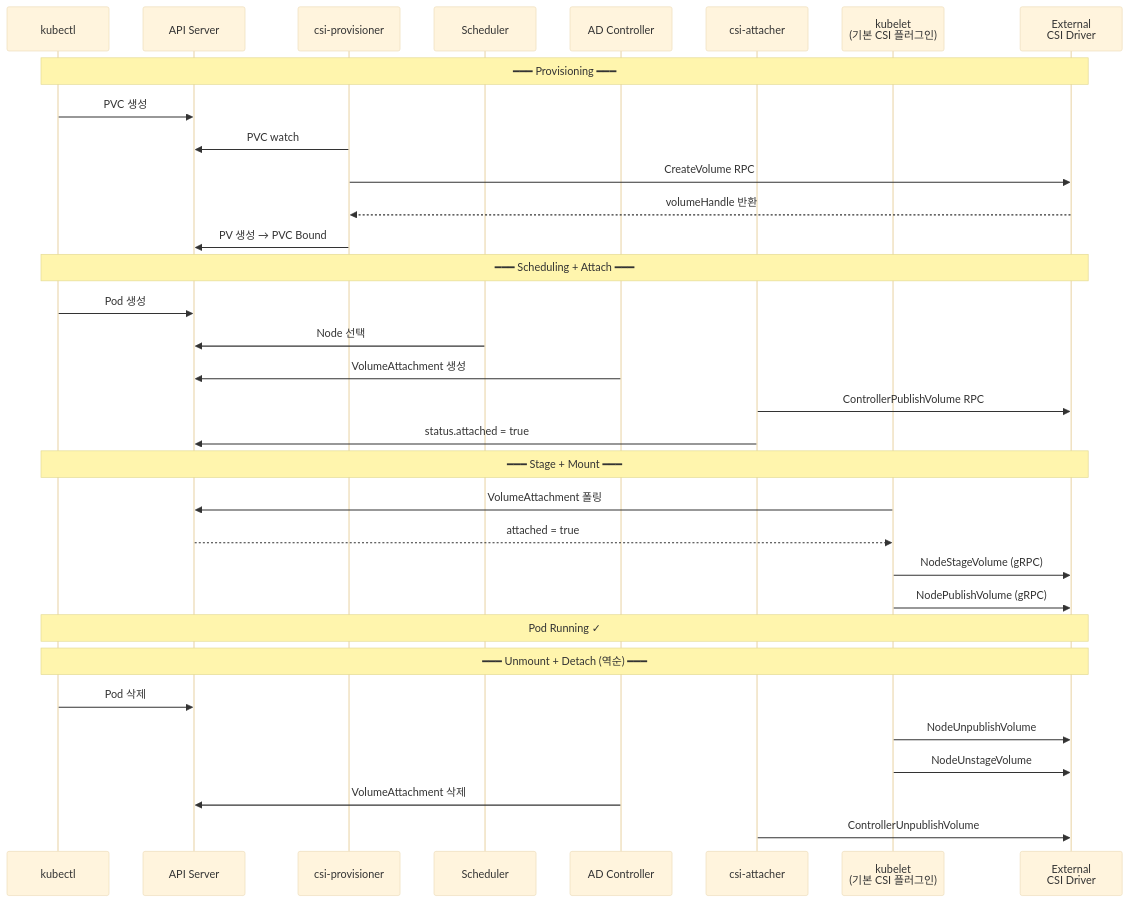
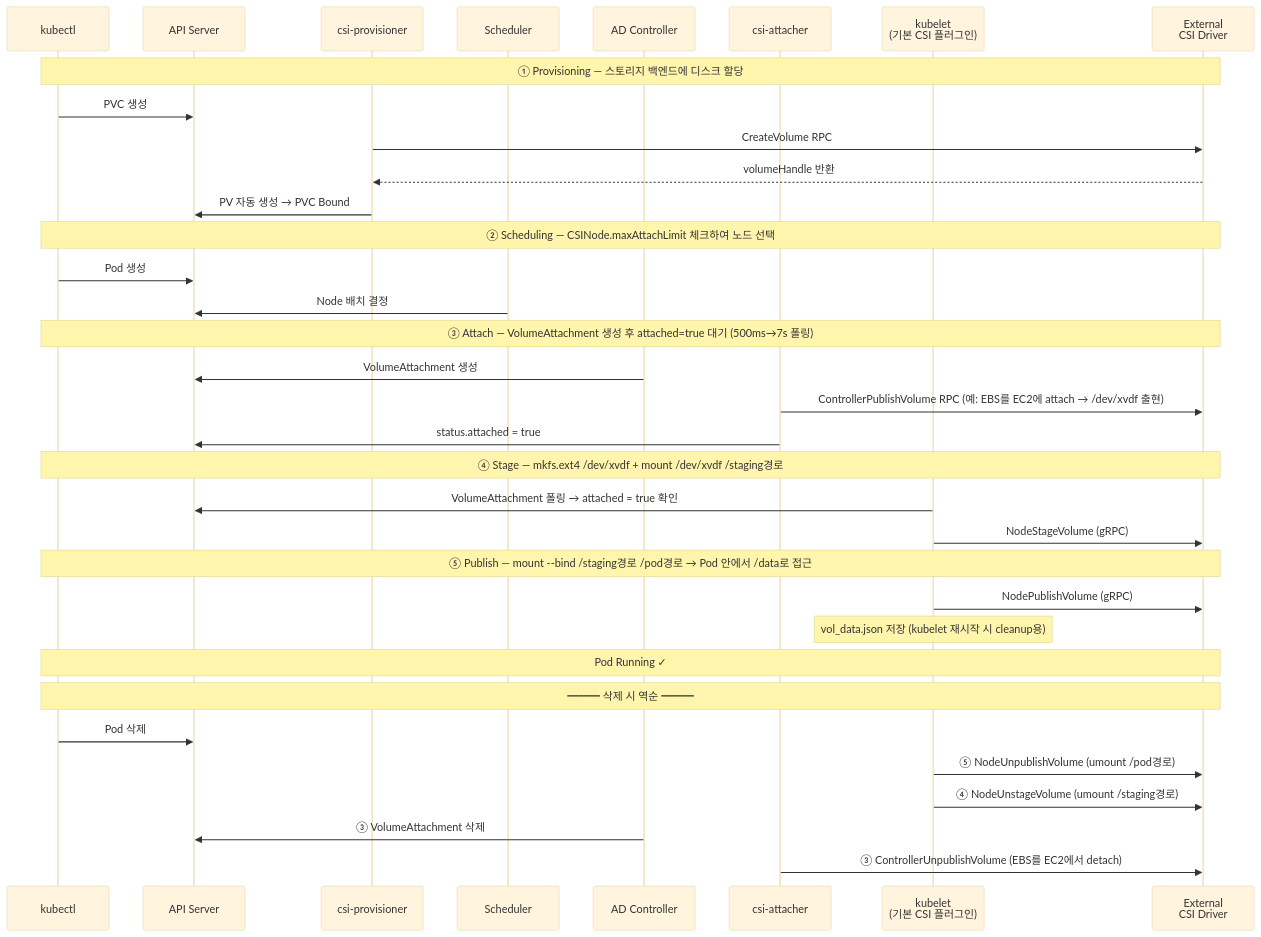
The third of 5 diagrams in _posts/2026-04-04-csi-driver-01.md (bianbbc87/bianbbc87.github.io), drawn with Mermaid (base theme) before and after one commit. The commit also changed other lines of this file, not shown here.

````diff
--- a/_posts/2026-04-04-csi-driver-01.md
+++ b/_posts/2026-04-04-csi-driver-01.md
@@ -335,44 +395,49 @@
 ```mermaid
 sequenceDiagram
     participant User as kubectl
     participant API as API Server
     participant Prov as csi-provisioner
     participant Sched as Scheduler
     participant ADC as AD Controller
     participant Att as csi-attacher
     participant KL as kubelet<br/>(기본 CSI 플러그인)
     participant DR as External<br/>CSI Driver
 
-    Note over User, DR: ━━━ Provisioning ━━━
+    Note over User, DR: ① Provisioning — 스토리지 백엔드에 디스크 할당
 
     User->>API: PVC 생성
-    Prov->>API: PVC watch
     Prov->>DR: CreateVolume RPC
     DR-->>Prov: volumeHandle 반환
-    Prov->>API: PV 생성 → PVC Bound
+    Prov->>API: PV 자동 생성 → PVC Bound
 
-    Note over User, DR: ━━━ Scheduling + Attach ━━━
+    Note over User, DR: ② Scheduling — CSINode.maxAttachLimit 체크하여 노드 선택
 
     User->>API: Pod 생성
-    Sched->>API: Node 선택
+    Sched->>API: Node 배치 결정
+
+    Note over User, DR: ③ Attach — VolumeAttachment 생성 후 attached=true 대기 (500ms→7s 폴링)
+
     ADC->>API: VolumeAttachment 생성
-    Att->>DR: ControllerPublishVolume RPC
+    Att->>DR: ControllerPublishVolume RPC (예: EBS를 EC2에 attach → /dev/xvdf 출현)
     Att->>API: status.attached = true
 
-    Note over User, DR: ━━━ Stage + Mount ━━━
+    Note over User, DR: ④ Stage — mkfs.ext4 /dev/xvdf + mount /dev/xvdf /staging경로
 
-    KL->>API: VolumeAttachment 폴링
-    API-->>KL: attached = true
+    KL->>API: VolumeAttachment 폴링 → attached = true 확인
     KL->>DR: NodeStageVolume (gRPC)
+
+    Note over User, DR: ⑤ Publish — mount --bind /staging경로 /pod경로 → Pod 안에서 /data로 접근
+
     KL->>DR: NodePublishVolume (gRPC)
+    Note over KL: vol_data.json 저장 (kubelet 재시작 시 cleanup용)
 
     Note over User, DR: Pod Running ✓
 
-    Note over User, DR: ━━━ Unmount + Detach (역순) ━━━
+    Note over User, DR: ━━━ 삭제 시 역순 ━━━
 
     User->>API: Pod 삭제
-    KL->>DR: NodeUnpublishVolume
-    KL->>DR: NodeUnstageVolume
-    ADC->>API: VolumeAttachment 삭제
-    Att->>DR: ControllerUnpublishVolume
+    KL->>DR: ⑤ NodeUnpublishVolume (umount /pod경로)
+    KL->>DR: ④ NodeUnstageVolume (umount /staging경로)
+    ADC->>API: ③ VolumeAttachment 삭제
+    Att->>DR: ③ ControllerUnpublishVolume (EBS를 EC2에서 detach)
 ```
````
